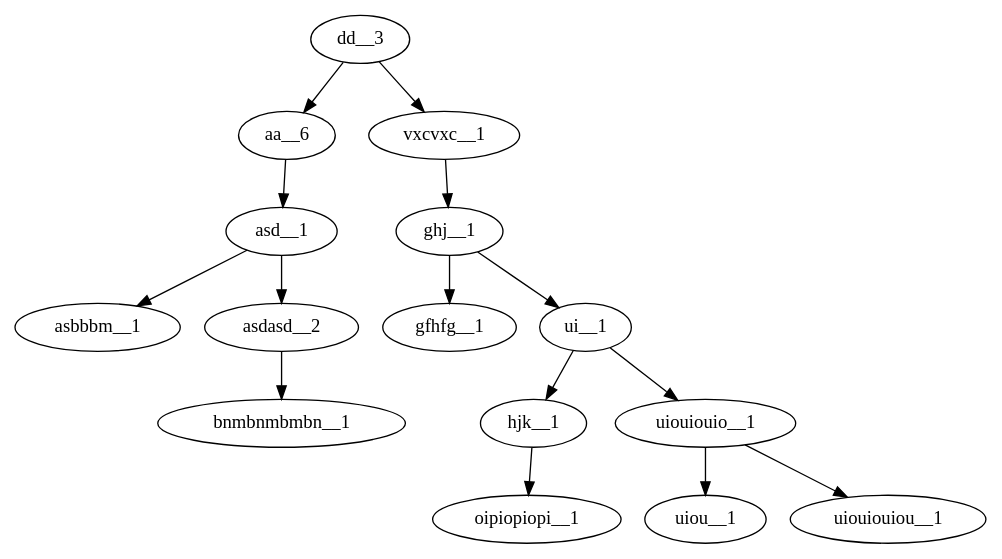
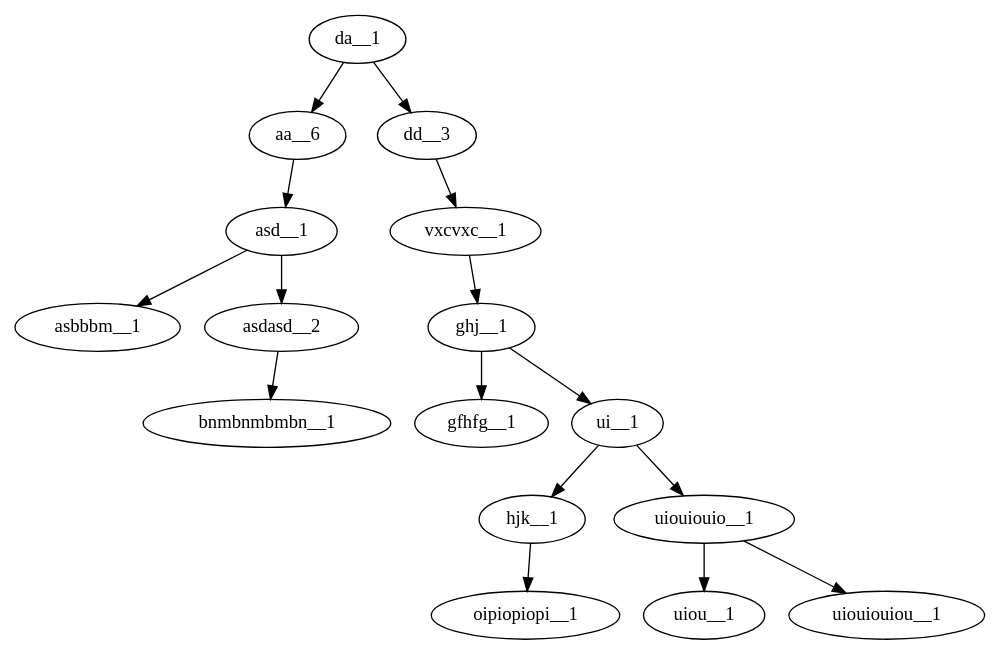
Before and after one commit to kashima1234/data_structure: the diagram in lab_06/func_tests/data/output_first_tree.dot, drawn with Graphviz. The commit also changed 50 other files, not shown here.

```diff
--- a/lab_06/func_tests/data/output_first_tree.dot
+++ b/lab_06/func_tests/data/output_first_tree.dot
@@ -1,31 +1,33 @@
 digraph tree {
+da__1;
+da__1 -> aa__6;
+da__1 -> dd__3;
 dd__3;
-dd__3 -> aa__6;
 dd__3 -> vxcvxc__1;
 vxcvxc__1;
 vxcvxc__1 -> ghj__1;
 ghj__1;
 ghj__1 -> gfhfg__1;
 ghj__1 -> ui__1;
 ui__1;
 ui__1 -> hjk__1;
 ui__1 -> uiouiouio__1;
 uiouiouio__1;
 uiouiouio__1 -> uiou__1;
 uiouiouio__1 -> uiouiouiou__1;
 uiouiouiou__1;
 uiou__1;
 hjk__1;
 hjk__1 -> oipiopiopi__1;
 oipiopiopi__1;
 gfhfg__1;
 aa__6;
 aa__6 -> asd__1;
 asd__1;
 asd__1 -> asbbbm__1;
 asd__1 -> asdasd__2;
 asdasd__2;
 asdasd__2 -> bnmbnmbmbn__1;
 bnmbnmbmbn__1;
 asbbbm__1;
 }
```
